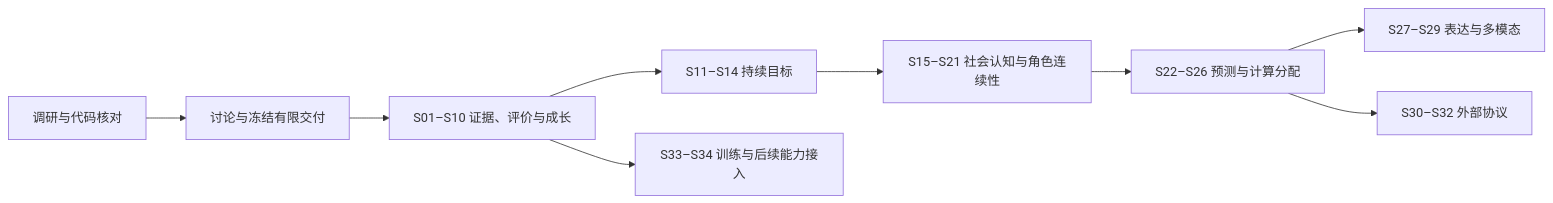
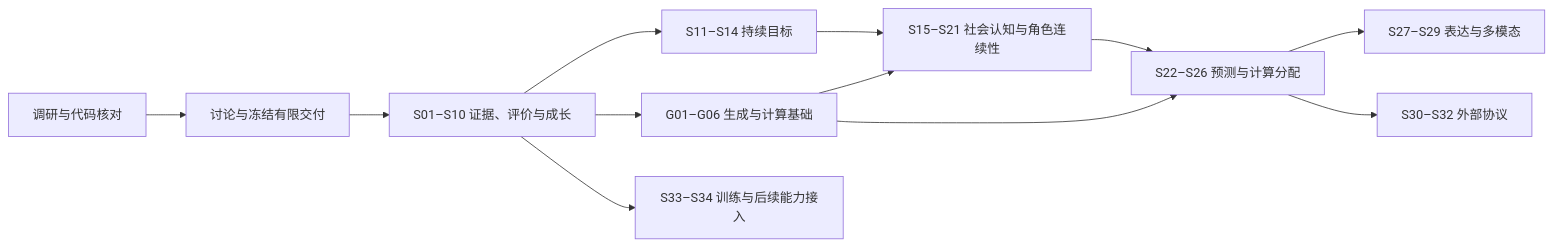
One commit to ZZZdragondYNGPHX/Atria changed the diagram in plans/architecture/agent-intelligence-runtime/index.md. Above: the diagram before and after it, drawn with Mermaid. The commit also changed other lines of this file and 12 other files, not shown here.

Commit message:
docs(agent-intelligence): integrate behavior compute and routing architecture

````diff
--- a/plans/architecture/agent-intelligence-runtime/index.md
+++ b/plans/architecture/agent-intelligence-runtime/index.md
@@ -47,11 +53,14 @@
 ```mermaid
 flowchart LR
   D0[调研与代码核对] --> D1[讨论与冻结有限交付]
   D1 --> M1[S01–S10 证据、评价与成长]
   M1 --> M2[S11–S14 持续目标]
+  M1 --> M8[G01–G06 生成与计算基础]
   M2 --> M3[S15–S21 社会认知与角色连续性]
+  M8 --> M3
   M3 --> M4[S22–S26 预测与计算分配]
+  M8 --> M4
   M4 --> M5[S27–S29 表达与多模态]
   M4 --> M6[S30–S32 外部协议]
   M1 --> M7[S33–S34 训练与后续能力接入]
 ```
````
